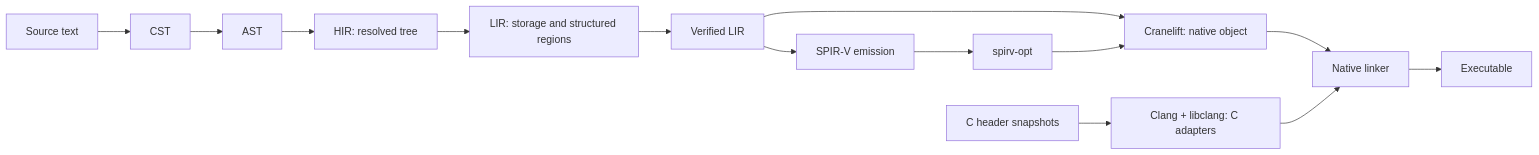
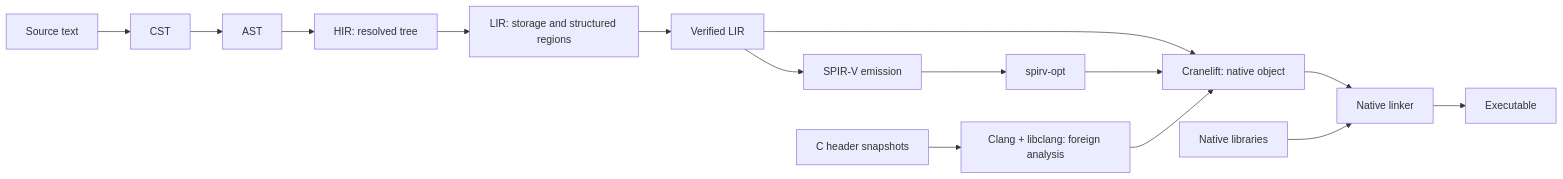
One commit to tsnl/resin changed the diagram in doc/architecture.md. Above: the diagram before and after it, drawn with Mermaid. The commit also changed other lines of this file and 41 other files, not shown here.

Commit message:
Link C functions directly after cached header analysis

````diff
--- a/doc/architecture.md
+++ b/doc/architecture.md
@@ -37,16 +38,17 @@
 ```mermaid
 flowchart LR
     text[Source text] --> cst[CST]
     cst --> ast[AST]
     ast --> hir[HIR: resolved tree]
     hir --> lir[LIR: storage and structured regions]
     lir --> verified[Verified LIR]
     verified --> spirv[SPIR-V emission]
     spirv --> optimized[spirv-opt]
     verified --> native[Cranelift: native object]
     optimized --> native
-    headers[C header snapshots] --> interop[Clang + libclang: C adapters]
+    headers[C header snapshots] --> interop[Clang + libclang: foreign analysis]
     native --> link[Native linker]
-    interop --> link
+    interop --> native
+    libraries[Native libraries] --> link
     link --> executable[Executable]
 ```
````
